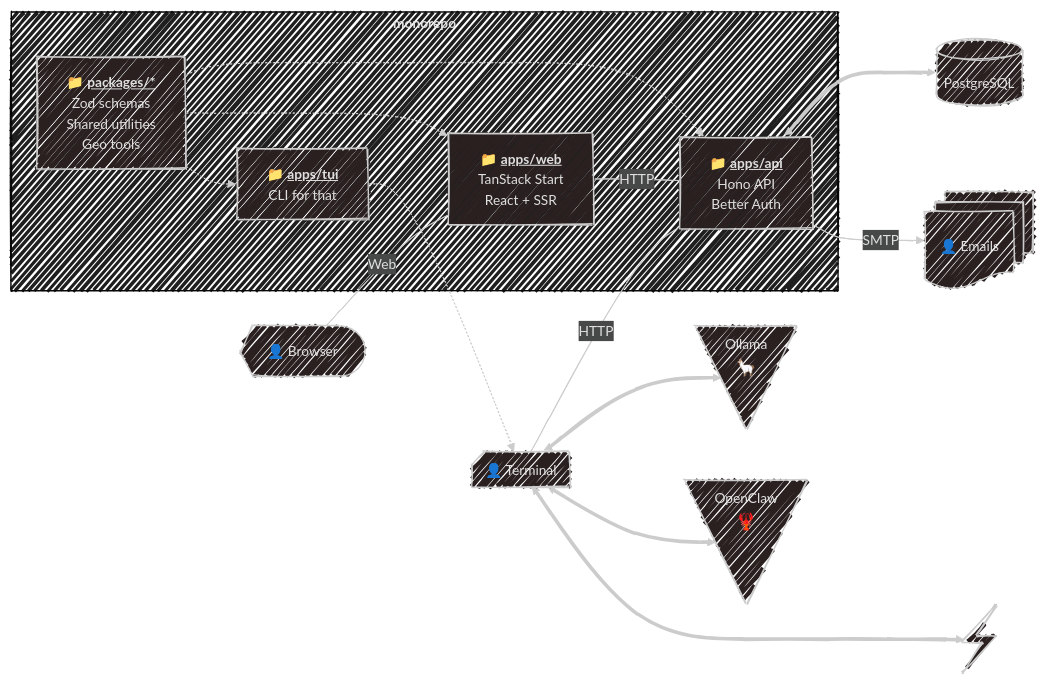
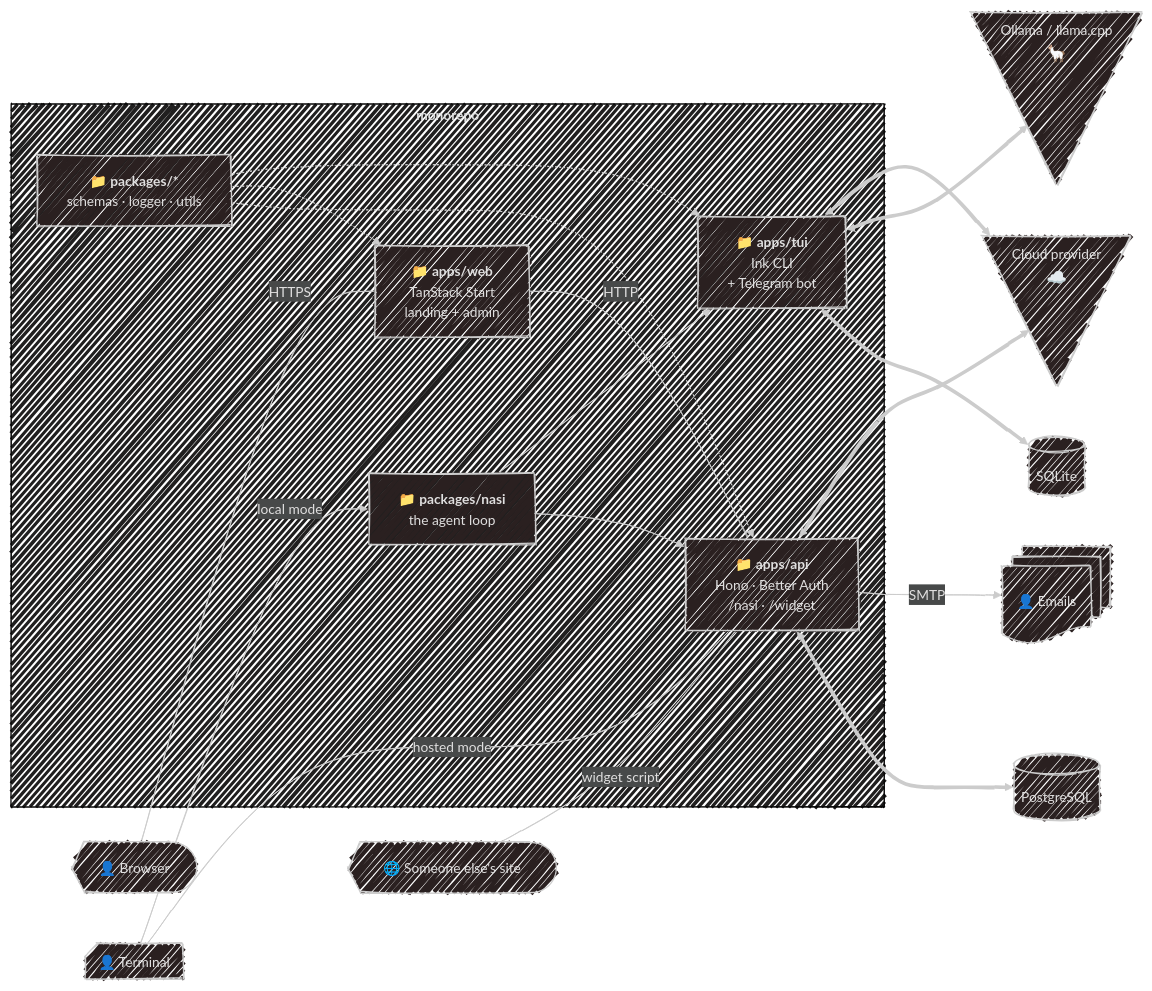
The diagram in docs/development/vision.md (SubZtep/kaja), drawn with Mermaid before and after one commit. The commit also changed other lines of this file and 30 other files, not shown here.

````diff
--- a/docs/development/vision.md
+++ b/docs/development/vision.md
@@ -8,39 +12,43 @@
 ```mermaid
 ---
 config:
   look: handDrawn
   theme: neo-dark
 ---
 flowchart LR
   U@{ shape: curv-trap, label: "👤 Browser" }
-  UW@{ shape: notch-rect, label: "👤 Terminal" }
-  L@{ shape: manual-file, label: "Ollama<br><big>🦙</big>" }
-  O@{ shape: manual-file, label: "OpenClaw<br><big>🦞</big>" }
-  B@{ shape: bolt }
+  UT@{ shape: notch-rect, label: "👤 Terminal" }
+  UG@{ shape: curv-trap, label: "🌐 Someone else's site" }
+  L@{ shape: manual-file, label: "Ollama / llama.cpp<br><big>🦙</big>" }
+  C@{ shape: manual-file, label: "Cloud provider<br><big>☁️</big>" }
 
   D[(PostgreSQL)]
+  S[(SQLite)]
   E@{ shape: docs, label: "👤 Emails"}
 
-  subgraph "`**monorepo**`"
-    A["📁 <strong><u>apps/api</u></strong><br/>Hono API<br/>Better Auth"]
-    W["📁 <strong><u>apps/web</u></strong><br/>TanStack Start<br/>React + SSR"]
-    P["📁 <strong><u>packages/*</u></strong><br/>Zod schemas<br/>Shared utilities<br>Geo tools"]
-    WW["📁 <strong><u>apps/tui</u></strong><br/>CLI for that"]
+  subgraph MR["`**monorepo**`"]
+    A["📁 <b>apps/api</b><br/>Hono · Better Auth<br/>/nasi · /widget"]
+    W["📁 <b>apps/web</b><br/>TanStack Start<br/>landing + admin"]
+    T["📁 <b>apps/tui</b><br/>Ink CLI<br/>+ Telegram bot"]
+    N["📁 <b>packages/nasi</b><br/>the agent loop"]
+    P["📁 <b>packages/*</b><br/>schemas · logger · utils"]
   end
 
   P -.-> A
   P -.-> W
-  P -.-> WW
+  P -.-> T
+  N --> A
+  N --> T
 
-  U -- Web --- W
-  UW -- HTTP --- A
-  WW -.-> UW
-  UW <==> L
-  UW <==> O
-  UW <===> B
-
+  U -- HTTPS --- W
+  UG -- "widget script" --- A
+  UT -- "hosted mode" --- A
+  UT -- "local mode" --> N
   W -- HTTP --- A
   A <==> D
+  T <==> S
   A -- SMTP --> E
-
+  T <==> L
+  T <==> C
+  A <==> C
 ```
````
